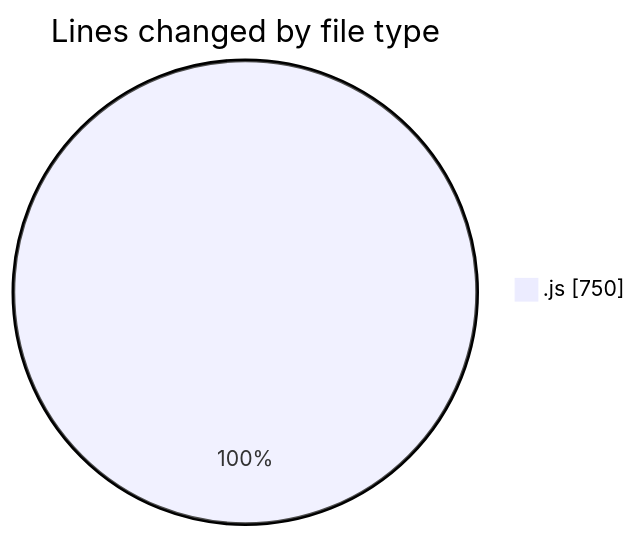
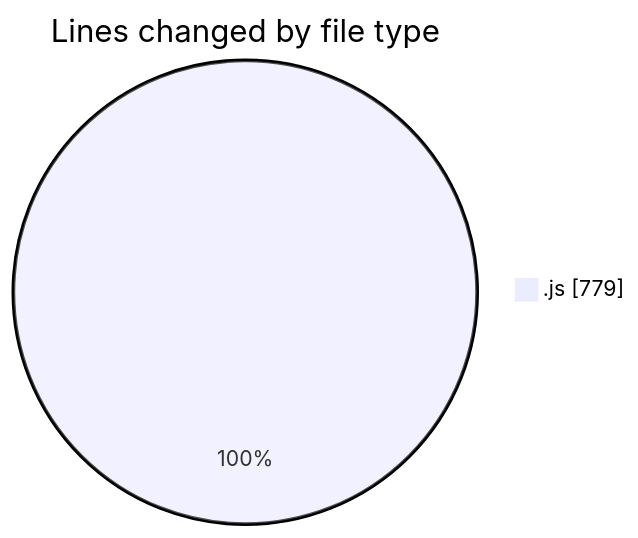
The first of 2 diagrams in 2025-09-08/cashcalculator/README.md (nxtqubesakshisongat/code-tracking), drawn with Mermaid before and after one commit. The commit also changed other lines of this file and 1 other file, not shown here.

````diff
--- a/2025-09-08/cashcalculator/README.md
+++ b/2025-09-08/cashcalculator/README.md
@@ -20,5 +20,5 @@
 ```mermaid
 pie showData
 title Lines changed by file type
-".js" : 750
+".js" : 779
 ```
````
